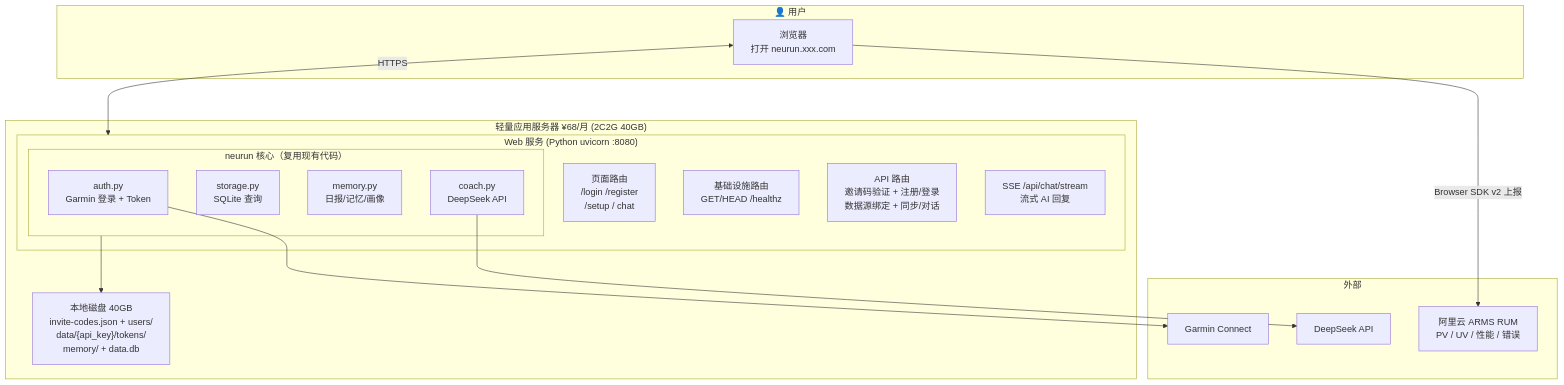
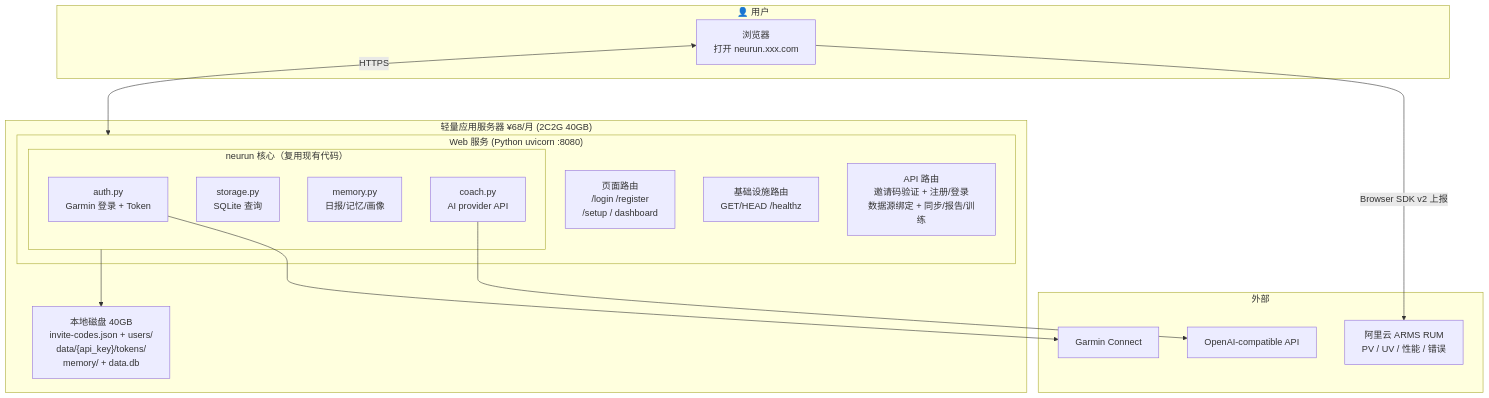
Before and after one commit to qd1993102/rundown: the first of 3 diagrams in docs/design/13-sae-deployment.md, drawn with Mermaid. The commit also changed other lines of this file and 179 other files, not shown here.

````diff
--- a/docs/design/13-sae-deployment.md
+++ b/docs/design/13-sae-deployment.md
@@ -19,35 +22,34 @@
 ```mermaid
 graph TB
     subgraph USER["👤 用户"]
         BROWSER["浏览器<br/>打开 neurun.xxx.com"]
     end
 
     subgraph VPS["轻量应用服务器 ¥68/月 (2C2G 40GB)"]
         subgraph WEB["Web 服务 (Python uvicorn :8080)"]
-            PAGES["页面路由<br/>/login /register<br/>/setup / chat"]
+            PAGES["页面路由<br/>/login /register<br/>/setup / dashboard"]
             HEALTH["基础设施路由<br/>GET/HEAD /healthz"]
-            API["API 路由<br/>邀请码验证 + 注册/登录<br/>数据源绑定 + 同步/对话"]
-            SSE["SSE /api/chat/stream<br/>流式 AI 回复"]
+            API["API 路由<br/>邀请码验证 + 注册/登录<br/>数据源绑定 + 同步/报告/训练"]
 
             subgraph CORE["neurun 核心（复用现有代码）"]
                 AUTH["auth.py<br/>Garmin 登录 + Token"]
                 STORAGE["storage.py<br/>SQLite 查询"]
                 MEMORY["memory.py<br/>日报/记忆/画像"]
-                COACH["coach.py<br/>DeepSeek API"]
+                COACH["coach.py<br/>AI provider API"]
             end
         end
         DISK["本地磁盘 40GB<br/>invite-codes.json + users/<br/>data/{api_key}/tokens/<br/>memory/ + data.db"]
     end
 
     subgraph EXTERNAL["外部"]
         GARMIN["Garmin Connect"]
-        DEEPSEEK["DeepSeek API"]
+        AI_PROVIDER["OpenAI-compatible API"]
         ARMS["阿里云 ARMS RUM<br/>PV / UV / 性能 / 错误"]
     end
 
     BROWSER <-->|"HTTPS"| WEB
     BROWSER -->|"Browser SDK v2 上报"| ARMS
     AUTH --> GARMIN
-    COACH --> DEEPSEEK
+    COACH --> AI_PROVIDER
     CORE --> DISK
 ```
````
